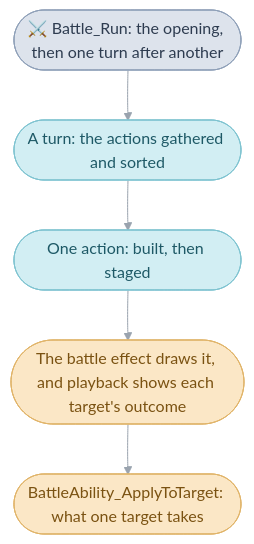
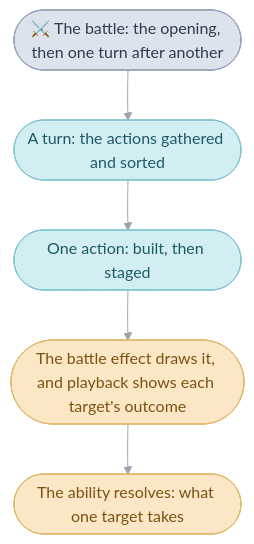
Before and after one commit to PascalPixel/alchemy: the first of 7 diagrams in games/tbs/src/battle/README.md, drawn with Mermaid. The commit also changed other lines of this file and 21 other files, not shown here.

````diff
--- a/games/tbs/src/battle/README.md
+++ b/games/tbs/src/battle/README.md
@@ -42,14 +39,14 @@
 ```mermaid
 %%{init: {"theme": "base", "themeVariables": {"lineColor": "#9AA3AE", "edgeLabelBackground": "#FFFFFF"}, "flowchart": {"curve": "basis", "padding": 12}}}%%
 flowchart TD
-  run(["⚔️ Battle_Run: the opening, then one turn after another"]) --> turn(["A turn: the actions gathered and sorted"])
+  run(["⚔️ The battle: the opening, then one turn after another"]) --> turn(["A turn: the actions gathered and sorted"])
   turn --> action(["One action: built, then staged"])
   action --> effect(["The battle effect draws it, and playback shows each target's outcome"])
-  effect --> apply(["BattleAbility_ApplyToTarget: what one target takes"])
+  effect --> apply(["The ability resolves: what one target takes"])
   classDef sequence fill:#DDE3EC,stroke:#8FA0B8,color:#2E3C50
   classDef turn fill:#D2EEF3,stroke:#7FC3D0,color:#1E5966
   classDef frame fill:#FBE7C6,stroke:#E0B46A,color:#7A5212
   class run sequence
   class turn,action turn
   class effect,apply frame
 ```
````
